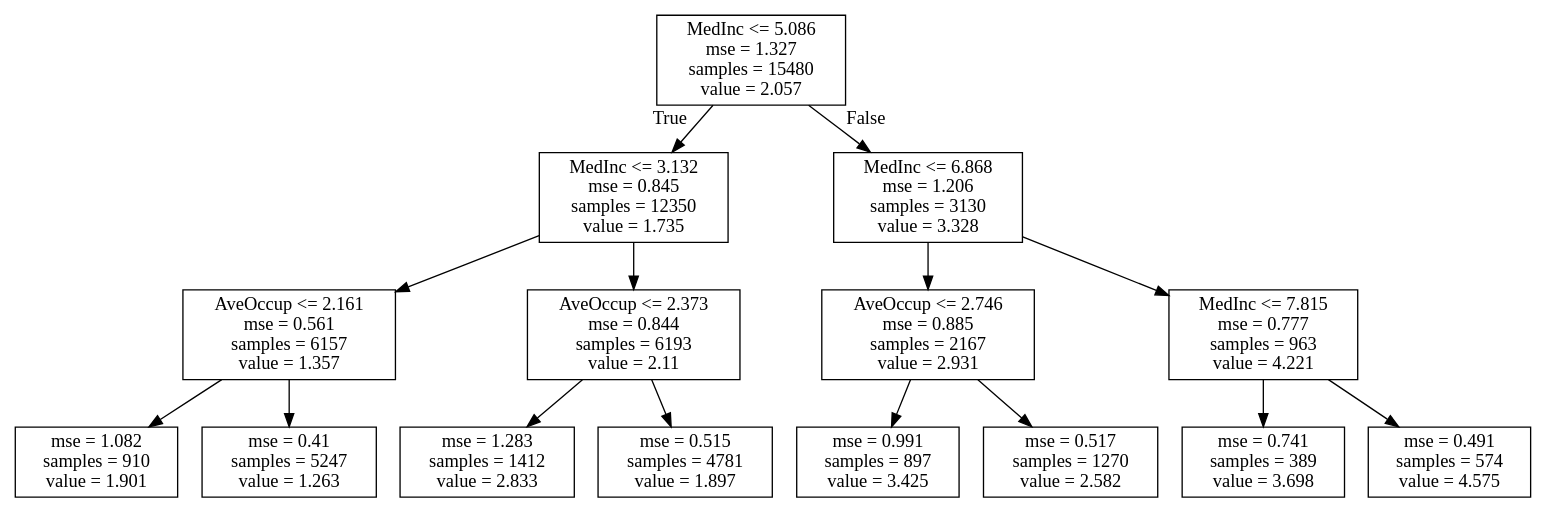
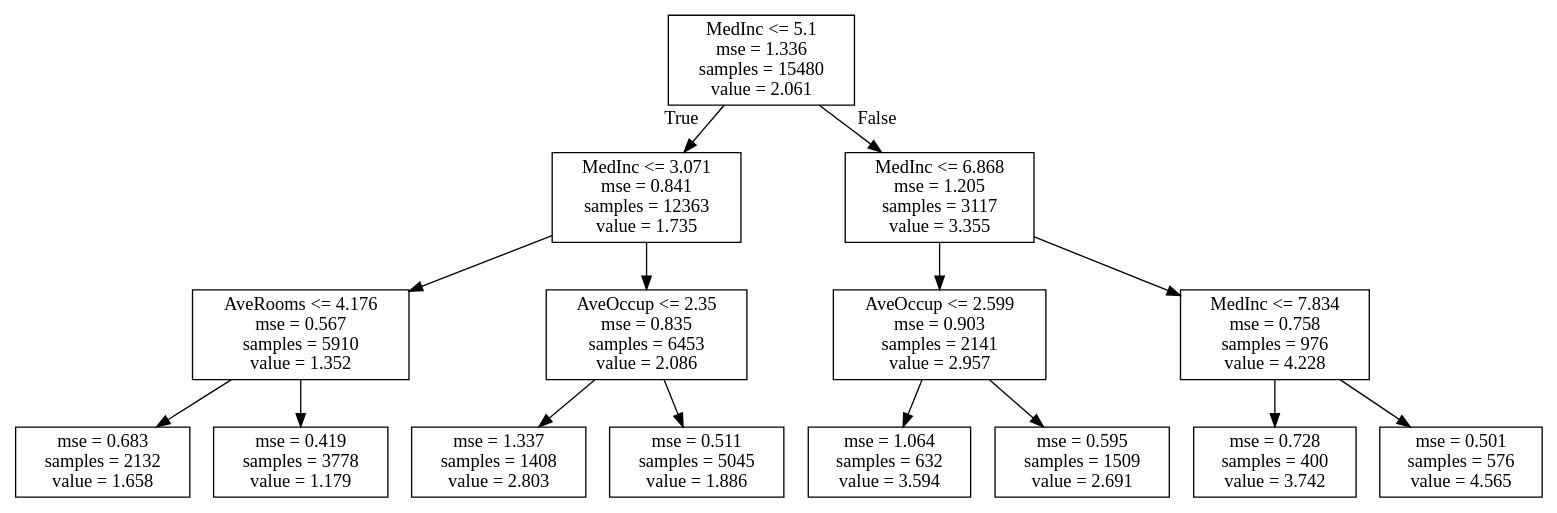
One commit to sankokohtet/14-regression-trees changed the diagram in tree.dot. Above: the diagram before and after it, drawn with Graphviz. The commit also changed 2 other files, not shown here.

```diff
--- a/tree.dot
+++ b/tree.dot
@@ -1,32 +1,32 @@
 digraph Tree {
 node [shape=box] ;
-0 [label="MedInc <= 5.086\nmse = 1.327\nsamples = 15480\nvalue = 2.057"] ;
-1 [label="MedInc <= 3.132\nmse = 0.845\nsamples = 12350\nvalue = 1.735"] ;
+0 [label="MedInc <= 5.1\nmse = 1.336\nsamples = 15480\nvalue = 2.061"] ;
+1 [label="MedInc <= 3.071\nmse = 0.841\nsamples = 12363\nvalue = 1.735"] ;
 0 -> 1 [labeldistance=2.5, labelangle=45, headlabel="True"] ;
-2 [label="AveOccup <= 2.161\nmse = 0.561\nsamples = 6157\nvalue = 1.357"] ;
+2 [label="AveRooms <= 4.176\nmse = 0.567\nsamples = 5910\nvalue = 1.352"] ;
 1 -> 2 ;
-3 [label="mse = 1.082\nsamples = 910\nvalue = 1.901"] ;
+3 [label="mse = 0.683\nsamples = 2132\nvalue = 1.658"] ;
 2 -> 3 ;
-4 [label="mse = 0.41\nsamples = 5247\nvalue = 1.263"] ;
+4 [label="mse = 0.419\nsamples = 3778\nvalue = 1.179"] ;
 2 -> 4 ;
-5 [label="AveOccup <= 2.373\nmse = 0.844\nsamples = 6193\nvalue = 2.11"] ;
+5 [label="AveOccup <= 2.35\nmse = 0.835\nsamples = 6453\nvalue = 2.086"] ;
 1 -> 5 ;
-6 [label="mse = 1.283\nsamples = 1412\nvalue = 2.833"] ;
+6 [label="mse = 1.337\nsamples = 1408\nvalue = 2.803"] ;
 5 -> 6 ;
-7 [label="mse = 0.515\nsamples = 4781\nvalue = 1.897"] ;
+7 [label="mse = 0.511\nsamples = 5045\nvalue = 1.886"] ;
 5 -> 7 ;
-8 [label="MedInc <= 6.868\nmse = 1.206\nsamples = 3130\nvalue = 3.328"] ;
+8 [label="MedInc <= 6.868\nmse = 1.205\nsamples = 3117\nvalue = 3.355"] ;
 0 -> 8 [labeldistance=2.5, labelangle=-45, headlabel="False"] ;
-9 [label="AveOccup <= 2.746\nmse = 0.885\nsamples = 2167\nvalue = 2.931"] ;
+9 [label="AveOccup <= 2.599\nmse = 0.903\nsamples = 2141\nvalue = 2.957"] ;
 8 -> 9 ;
-10 [label="mse = 0.991\nsamples = 897\nvalue = 3.425"] ;
+10 [label="mse = 1.064\nsamples = 632\nvalue = 3.594"] ;
 9 -> 10 ;
-11 [label="mse = 0.517\nsamples = 1270\nvalue = 2.582"] ;
+11 [label="mse = 0.595\nsamples = 1509\nvalue = 2.691"] ;
 9 -> 11 ;
-12 [label="MedInc <= 7.815\nmse = 0.777\nsamples = 963\nvalue = 4.221"] ;
+12 [label="MedInc <= 7.834\nmse = 0.758\nsamples = 976\nvalue = 4.228"] ;
 8 -> 12 ;
-13 [label="mse = 0.741\nsamples = 389\nvalue = 3.698"] ;
+13 [label="mse = 0.728\nsamples = 400\nvalue = 3.742"] ;
 12 -> 13 ;
-14 [label="mse = 0.491\nsamples = 574\nvalue = 4.575"] ;
+14 [label="mse = 0.501\nsamples = 576\nvalue = 4.565"] ;
 12 -> 14 ;
 }
```
